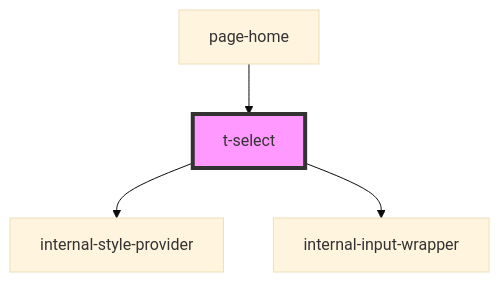
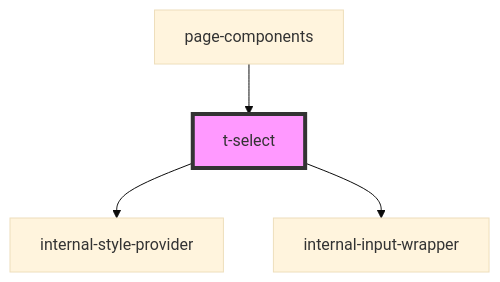
The diagram in packages/stencil/src/components/t-select/readme.md (TomasEng/web-components), drawn with Mermaid (base theme) before and after one commit. The commit also changed other lines of this file and 37 other files, not shown here.

````diff
--- a/packages/stencil/src/components/t-select/readme.md
+++ b/packages/stencil/src/components/t-select/readme.md
@@ -31,7 +31,7 @@
 ```mermaid
 graph TD;
   t-select --> internal-style-provider
   t-select --> internal-input-wrapper
-  page-home --> t-select
+  page-components --> t-select
   style t-select fill:#f9f,stroke:#333,stroke-width:4px
 ```
````
